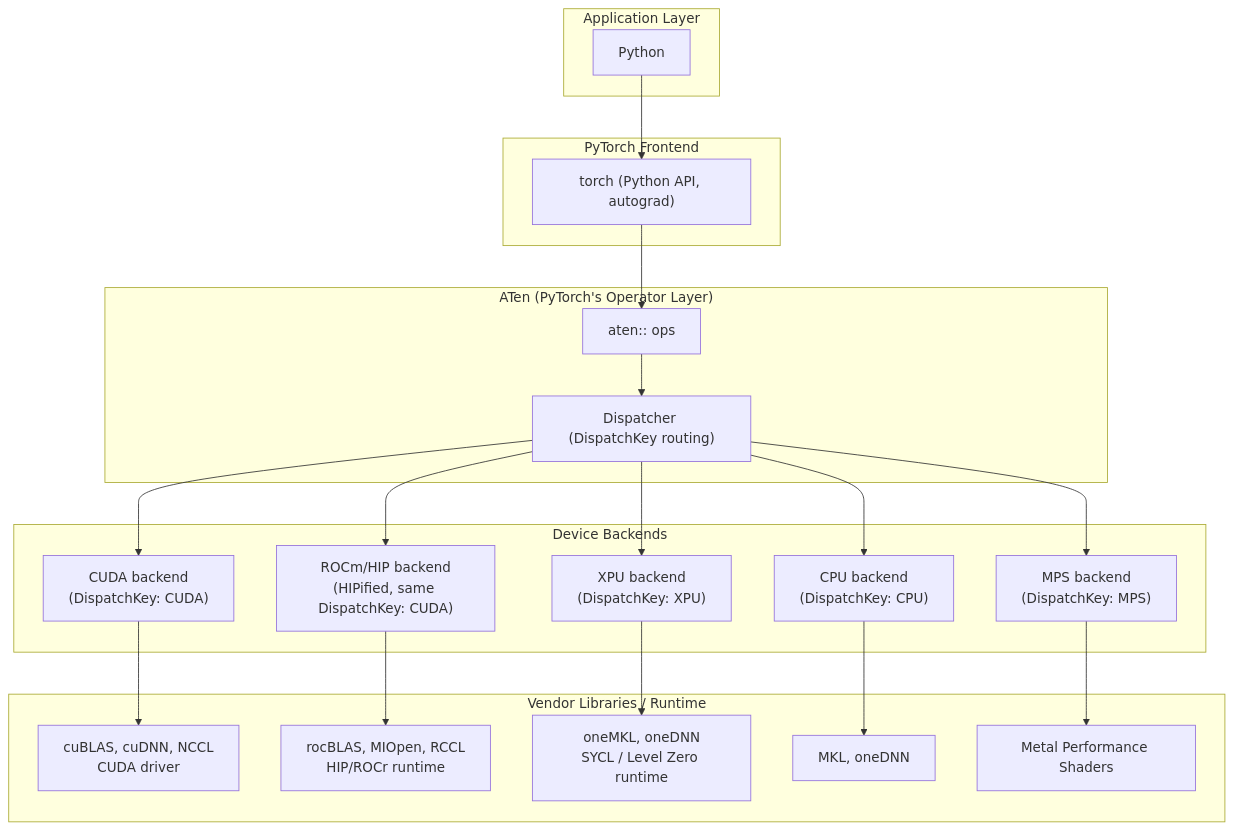
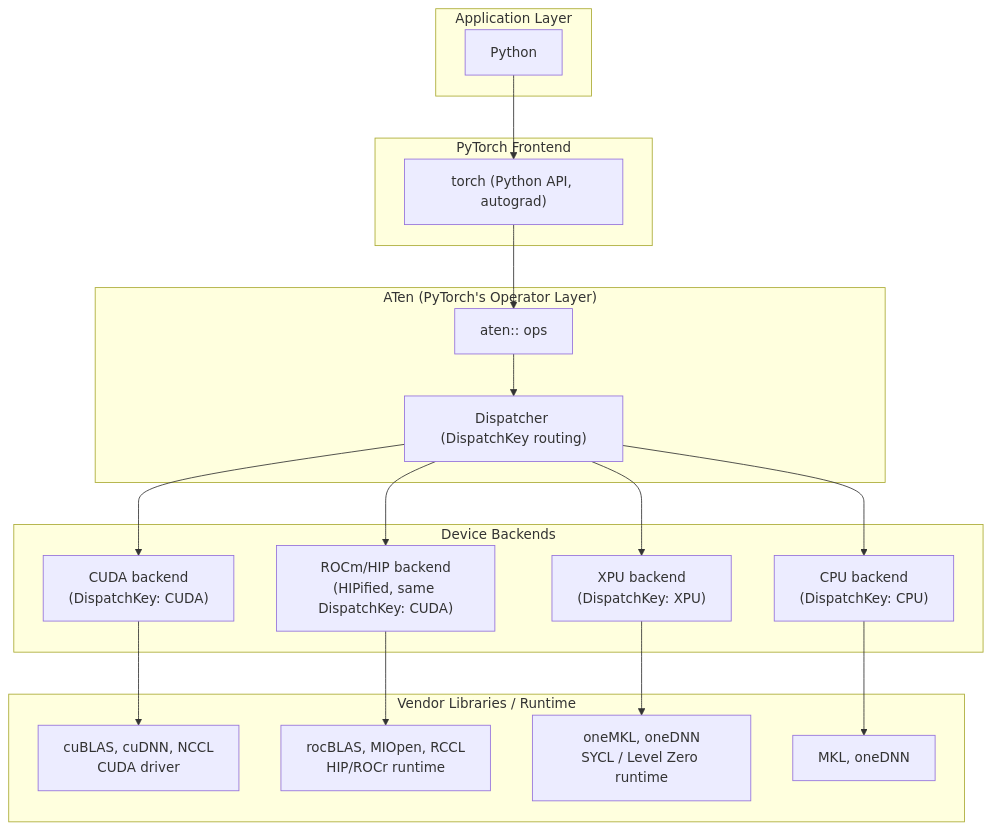
The second of 2 diagrams in slides/2026_iprof_showcase/README.md (DonAurelio/notes), drawn with Mermaid before and after one commit. The commit also changed other lines of this file, not shown here.

````diff
--- a/slides/2026_iprof_showcase/README.md
+++ b/slides/2026_iprof_showcase/README.md
@@ -94,46 +63,42 @@
 ```mermaid
 flowchart TD
     subgraph App["Application Layer"]
         Python["Python"]
     end
 
     subgraph Frontend["PyTorch Frontend"]
         TorchAPI["torch (Python API, autograd)"]
     end
 
     subgraph ATenLayer["ATen (PyTorch's Operator Layer)"]
         ATen["aten:: ops"]
         Dispatcher["Dispatcher (DispatchKey routing)"]
     end
 
     subgraph Backends["Device Backends"]
         CUDA["CUDA backend<br>(DispatchKey: CUDA)"]
         ROCm["ROCm/HIP backend<br>(HIPified, same DispatchKey: CUDA)"]
         XPU["XPU backend<br>(DispatchKey: XPU)"]
         CPU["CPU backend<br>(DispatchKey: CPU)"]
-        MPS["MPS backend<br>(DispatchKey: MPS)"]
     end
 
     subgraph Libs["Vendor Libraries / Runtime"]
         CUDALibs["cuBLAS, cuDNN, NCCL<br>CUDA driver"]
         ROCmLibs["rocBLAS, MIOpen, RCCL<br>HIP/ROCr runtime"]
         XPULibs["oneMKL, oneDNN<br>SYCL / Level Zero runtime"]
         CPULibs["MKL, oneDNN"]
-        MPSLibs["Metal Performance Shaders"]
     end
 
     Python --> TorchAPI
     TorchAPI --> ATen
     ATen --> Dispatcher
     Dispatcher --> CUDA
     Dispatcher --> ROCm
     Dispatcher --> XPU
     Dispatcher --> CPU
-    Dispatcher --> MPS
 
     CUDA --> CUDALibs
     ROCm --> ROCmLibs
     XPU --> XPULibs
     CPU --> CPULibs
-    MPS --> MPSLibs
 ```
````
